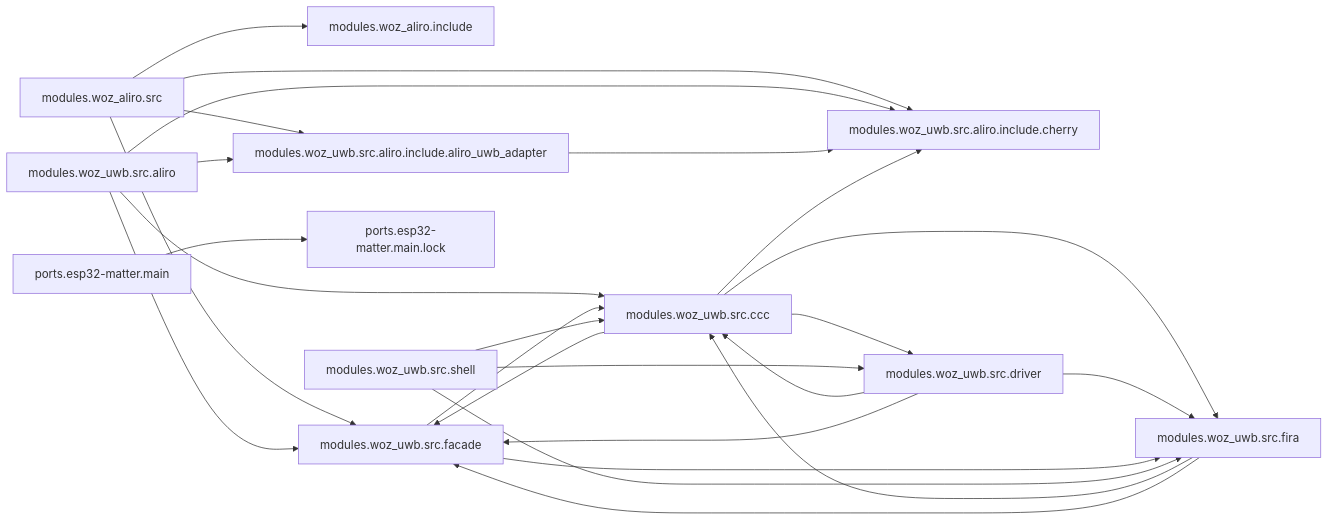
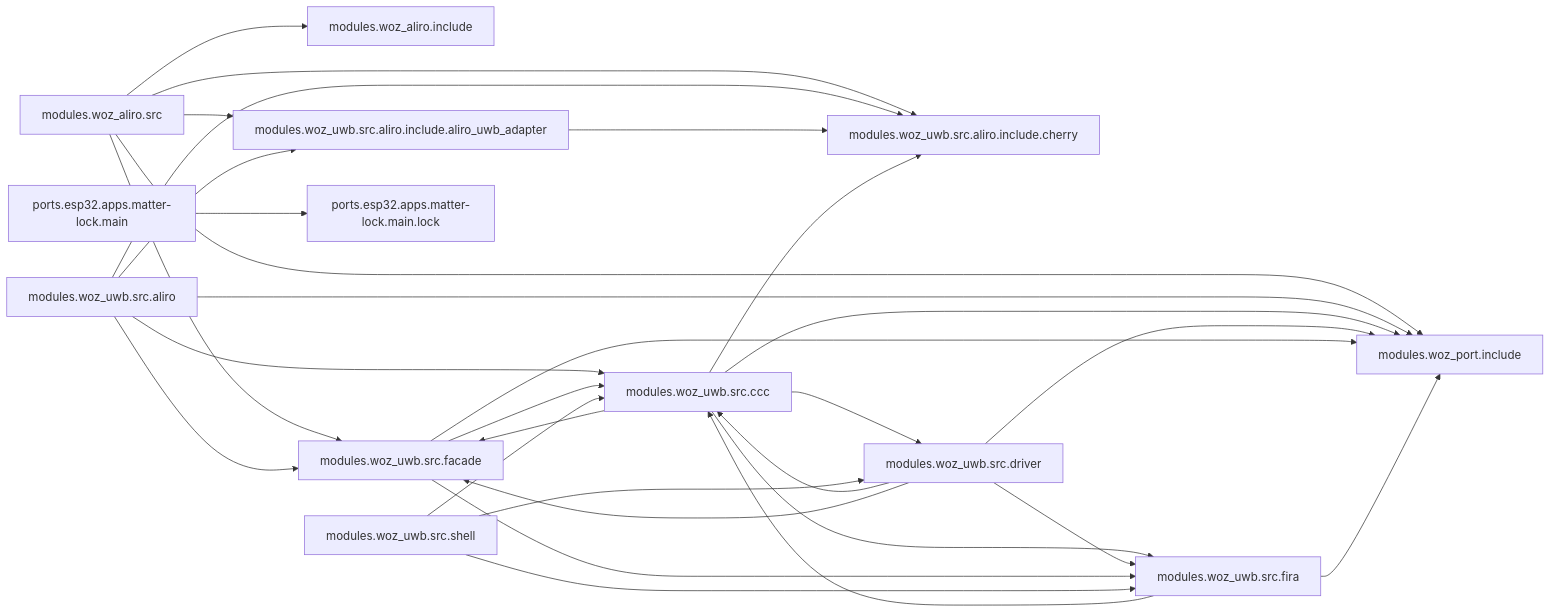
Before and after one commit to jonathan-shc/UWB: the diagram in docs/ARCHITECTURE.md, drawn with Mermaid. The commit also changed other lines of this file and 100 other files, not shown here.

````diff
--- a/docs/ARCHITECTURE.md
+++ b/docs/ARCHITECTURE.md
@@ -6,27 +6,32 @@
 ```mermaid
 flowchart LR
   modules.woz_aliro.src --> modules.woz_aliro.include
+  modules.woz_aliro.src --> modules.woz_port.include
   modules.woz_aliro.src --> modules.woz_uwb.src.aliro.include.aliro_uwb_adapter
   modules.woz_aliro.src --> modules.woz_uwb.src.aliro.include.cherry
   modules.woz_aliro.src --> modules.woz_uwb.src.facade
+  modules.woz_uwb.src.aliro --> modules.woz_port.include
   modules.woz_uwb.src.aliro --> modules.woz_uwb.src.aliro.include.aliro_uwb_adapter
   modules.woz_uwb.src.aliro --> modules.woz_uwb.src.aliro.include.cherry
   modules.woz_uwb.src.aliro --> modules.woz_uwb.src.ccc
   modules.woz_uwb.src.aliro --> modules.woz_uwb.src.facade
   modules.woz_uwb.src.aliro.include.aliro_uwb_adapter --> modules.woz_uwb.src.aliro.include.cherry
+  modules.woz_uwb.src.ccc --> modules.woz_port.include
   modules.woz_uwb.src.ccc --> modules.woz_uwb.src.aliro.include.cherry
   modules.woz_uwb.src.ccc --> modules.woz_uwb.src.driver
   modules.woz_uwb.src.ccc --> modules.woz_uwb.src.facade
   modules.woz_uwb.src.ccc --> modules.woz_uwb.src.fira
+  modules.woz_uwb.src.driver --> modules.woz_port.include
   modules.woz_uwb.src.driver --> modules.woz_uwb.src.ccc
   modules.woz_uwb.src.driver --> modules.woz_uwb.src.facade
   modules.woz_uwb.src.driver --> modules.woz_uwb.src.fira
+  modules.woz_uwb.src.facade --> modules.woz_port.include
   modules.woz_uwb.src.facade --> modules.woz_uwb.src.ccc
   modules.woz_uwb.src.facade --> modules.woz_uwb.src.fira
+  modules.woz_uwb.src.fira --> modules.woz_port.include
   modules.woz_uwb.src.fira --> modules.woz_uwb.src.ccc
-  modules.woz_uwb.src.fira --> modules.woz_uwb.src.facade
   modules.woz_uwb.src.shell --> modules.woz_uwb.src.ccc
   modules.woz_uwb.src.shell --> modules.woz_uwb.src.driver
   modules.woz_uwb.src.shell --> modules.woz_uwb.src.fira
-  ports.esp32-matter.main --> ports.esp32-matter.main.lock
+  ports.esp32.apps.matter-lock.main --> ports.esp32.apps.matter-lock.main.lock
 ```
````
